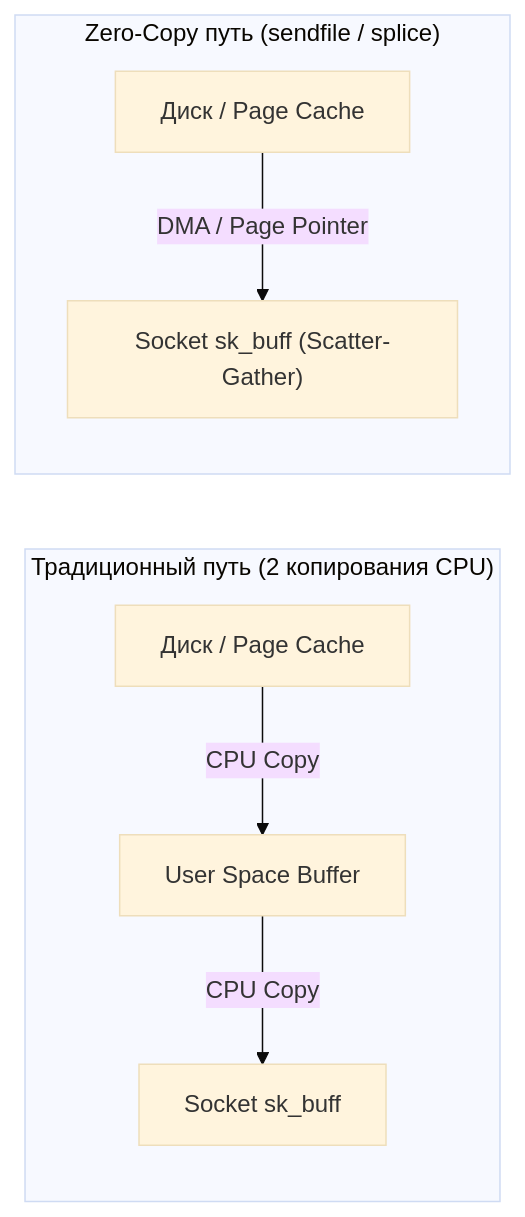
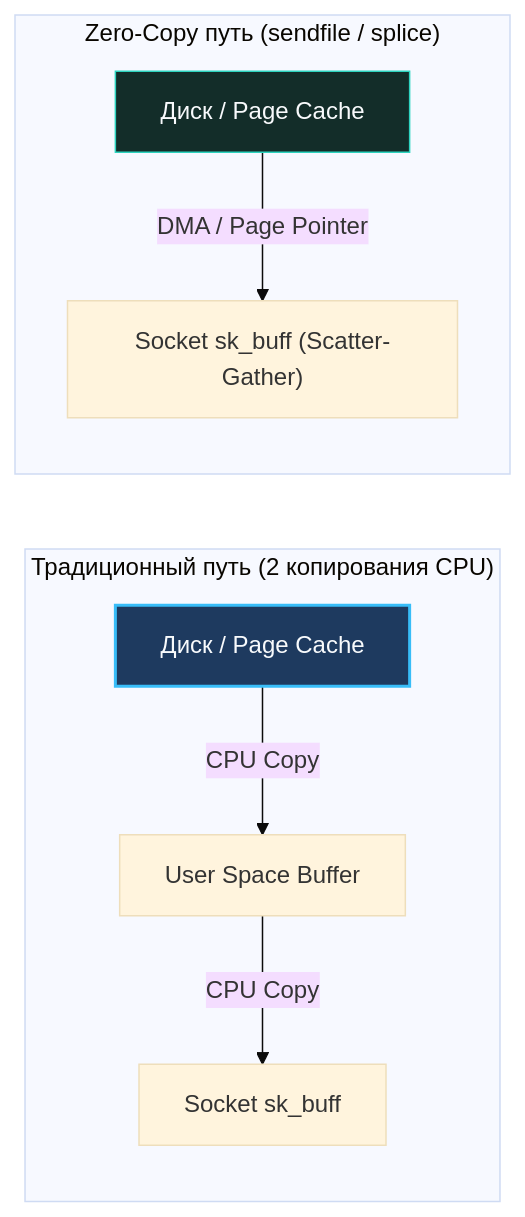
The third of 3 diagrams in sources/3. Компьютерные сети и сетевой стек/37. Сетевой стек Linux под капотом.md (UnrealTemplier/go-textbook), drawn with Mermaid (base theme) before and after one commit. The commit also changed other lines of this file and 1666 other files, not shown here.

First line of the commit message:
feat(mermaid): add semantic color classDef to 1369 colorless flowchart/graph diagrams

````diff
--- a/sources/3. Компьютерные сети и сетевой стек/37. Сетевой стек Linux под капотом.md
+++ b/sources/3. Компьютерные сети и сетевой стек/37. Сетевой стек Linux под капотом.md
@@ -172,11 +182,21 @@
 ```mermaid
 flowchart LR
+    classDef process  fill:#1e293b,stroke:#38bdf8,stroke-width:1px,color:#f8fafc
+    classDef success  fill:#064e3b,stroke:#34d399,stroke-width:1px,color:#f8fafc
+    classDef error    fill:#7f1d1d,stroke:#f87171,stroke-width:1px,color:#f8fafc
+    classDef warning  fill:#78350f,stroke:#fbbf24,stroke-width:1px,color:#f8fafc
+    classDef entry    fill:#1e3a5f,stroke:#38bdf8,stroke-width:2px,color:#f8fafc
+    classDef aux      fill:#334155,stroke:#64748b,stroke-width:1px,color:#f8fafc
+    classDef system   fill:#312e81,stroke:#a78bfa,stroke-width:1px,color:#f8fafc
+    classDef data     fill:#132d29,stroke:#2dd4bf,stroke-width:1px,color:#f8fafc
+    classDef network  fill:#881337,stroke:#fb7185,stroke-width:1px,color:#f8fafc
+    classDef accent   fill:#1e1b4b,stroke:#818cf8,stroke-width:1px,color:#f8fafc
     subgraph Traditional["Традиционный путь (2 копирования CPU)"]
-        D1["Диск / Page Cache"] -->|CPU Copy| U1["User Space Buffer"]
+        D1["Диск / Page Cache"]:::entry -->|CPU Copy| U1["User Space Buffer"]
         U1 -->|CPU Copy| S1["Socket sk_buff"]
     end
 
     subgraph ZeroCopy["Zero-Copy путь (sendfile / splice)"]
-        D2["Диск / Page Cache"] -->|DMA / Page Pointer| S2["Socket sk_buff (Scatter-Gather)"]
+        D2["Диск / Page Cache"]:::data -->|DMA / Page Pointer| S2["Socket sk_buff (Scatter-Gather)"]
     end
 ```
````
